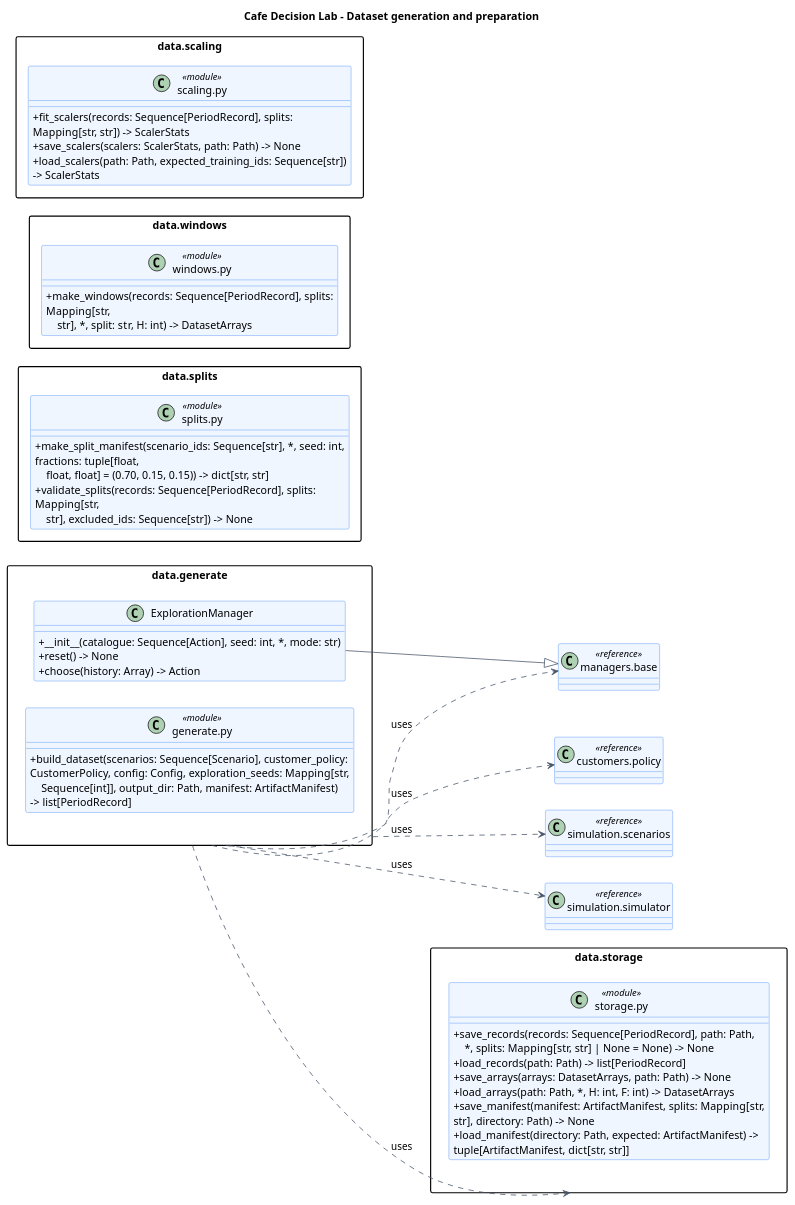
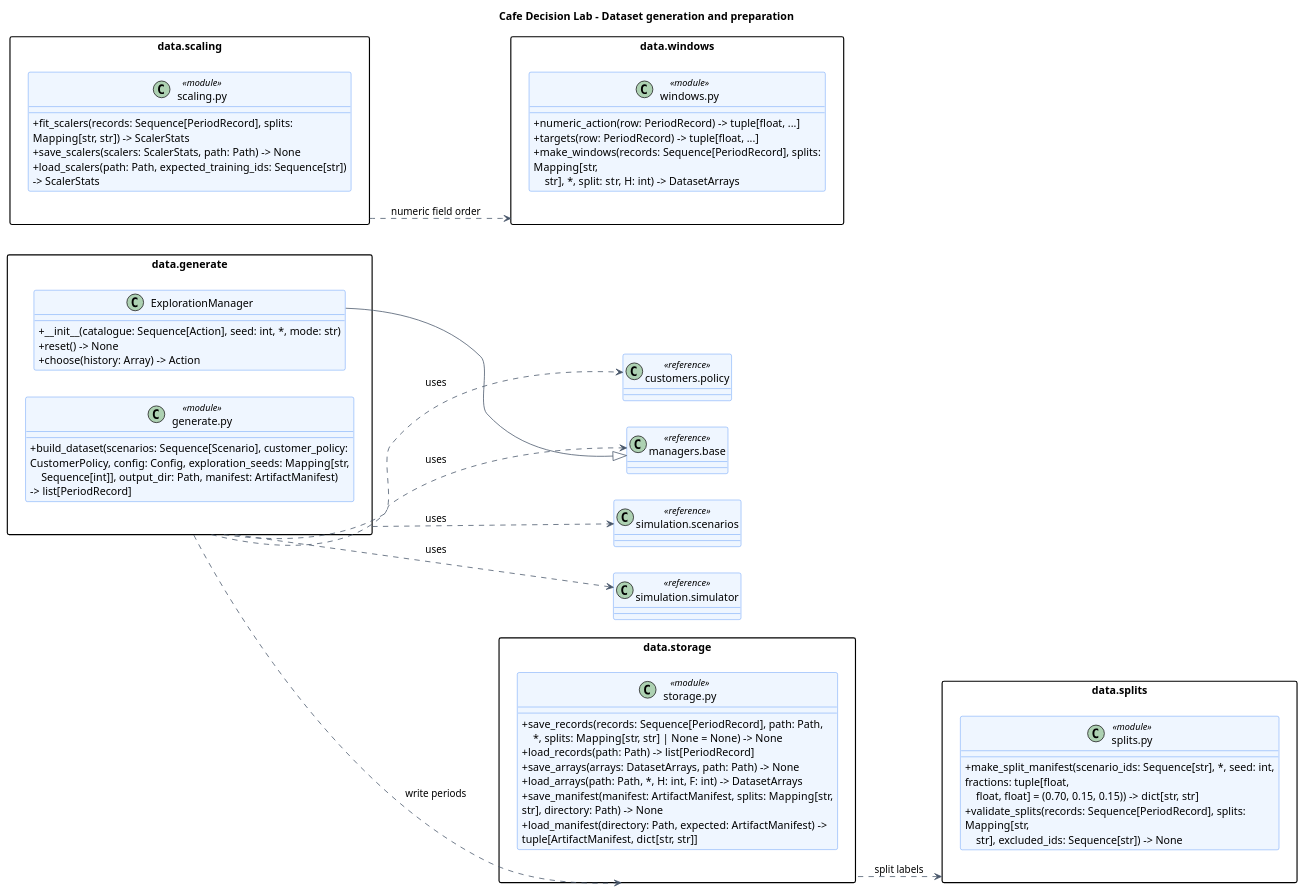
Before and after one commit to enzo-dosanjos/cafe-decision-lab: the diagram in docs/architecture/diagrams/src/data_api.puml, drawn with PlantUML. The commit also changed 14 other files, not shown here.

```diff
--- a/docs/architecture/diagrams/src/data_api.puml
+++ b/docs/architecture/diagrams/src/data_api.puml
@@ -1,61 +1,65 @@
 @startuml data_api
 title Cafe Decision Lab - Dataset generation and preparation
 left to right direction
 skinparam shadowing false
 skinparam defaultFontName SansSerif
 skinparam classAttributeIconSize 0
 skinparam packageStyle rectangle
 skinparam classBackgroundColor #EFF6FF
 skinparam classBorderColor #3B82F6
 skinparam ArrowColor #475569
 skinparam wrapWidth 420
 
 package "data.generate" as pkg_data_generate {
 class "ExplorationManager" as data_generate_ExplorationManager {
   + __init__(catalogue: Sequence[Action], seed: int, *, mode: str)
   + reset() -> None
   + choose(history: Array) -> Action
 }
 class "generate.py" as data_generate_functions <<module>> {
   + build_dataset(scenarios: Sequence[Scenario], customer_policy: CustomerPolicy, config: Config, exploration_seeds: Mapping[str,\n    Sequence[int]], output_dir: Path, manifest: ArtifactManifest) -> list[PeriodRecord]
 }
 }
 package "data.splits" as pkg_data_splits {
 class "splits.py" as data_splits_functions <<module>> {
   + make_split_manifest(scenario_ids: Sequence[str], *, seed: int, fractions: tuple[float,\n    float, float] = (0.70, 0.15, 0.15)) -> dict[str, str]
   + validate_splits(records: Sequence[PeriodRecord], splits: Mapping[str,\n    str], excluded_ids: Sequence[str]) -> None
 }
 }
 package "data.windows" as pkg_data_windows {
 class "windows.py" as data_windows_functions <<module>> {
+  + numeric_action(row: PeriodRecord) -> tuple[float, ...]
+  + targets(row: PeriodRecord) -> tuple[float, ...]
   + make_windows(records: Sequence[PeriodRecord], splits: Mapping[str,\n    str], *, split: str, H: int) -> DatasetArrays
 }
 }
 package "data.scaling" as pkg_data_scaling {
 class "scaling.py" as data_scaling_functions <<module>> {
   + fit_scalers(records: Sequence[PeriodRecord], splits: Mapping[str, str]) -> ScalerStats
   + save_scalers(scalers: ScalerStats, path: Path) -> None
   + load_scalers(path: Path, expected_training_ids: Sequence[str]) -> ScalerStats
 }
 }
 package "data.storage" as pkg_data_storage {
 class "storage.py" as data_storage_functions <<module>> {
   + save_records(records: Sequence[PeriodRecord], path: Path,\n    *, splits: Mapping[str, str] | None = None) -> None
   + load_records(path: Path) -> list[PeriodRecord]
   + save_arrays(arrays: DatasetArrays, path: Path) -> None
   + load_arrays(path: Path, *, H: int, F: int) -> DatasetArrays
   + save_manifest(manifest: ArtifactManifest, splits: Mapping[str, str], directory: Path) -> None
   + load_manifest(directory: Path, expected: ArtifactManifest) -> tuple[ArtifactManifest, dict[str, str]]
 }
 }
 class "customers.policy" as ref_customers_policy <<reference>>
 class "managers.base" as ref_managers_base <<reference>>
 class "simulation.scenarios" as ref_simulation_scenarios <<reference>>
 class "simulation.simulator" as ref_simulation_simulator <<reference>>
 pkg_data_generate ..> ref_simulation_simulator : uses
 pkg_data_generate ..> ref_simulation_scenarios : uses
 pkg_data_generate ..> ref_managers_base : uses
 pkg_data_generate ..> ref_customers_policy : uses
-pkg_data_generate ..> pkg_data_storage : uses
+pkg_data_generate ..> pkg_data_storage : write periods
+pkg_data_scaling ..> pkg_data_windows : numeric field order
+pkg_data_storage ..> pkg_data_splits : split labels
 data_generate_ExplorationManager --|> ref_managers_base
 @enduml
```
